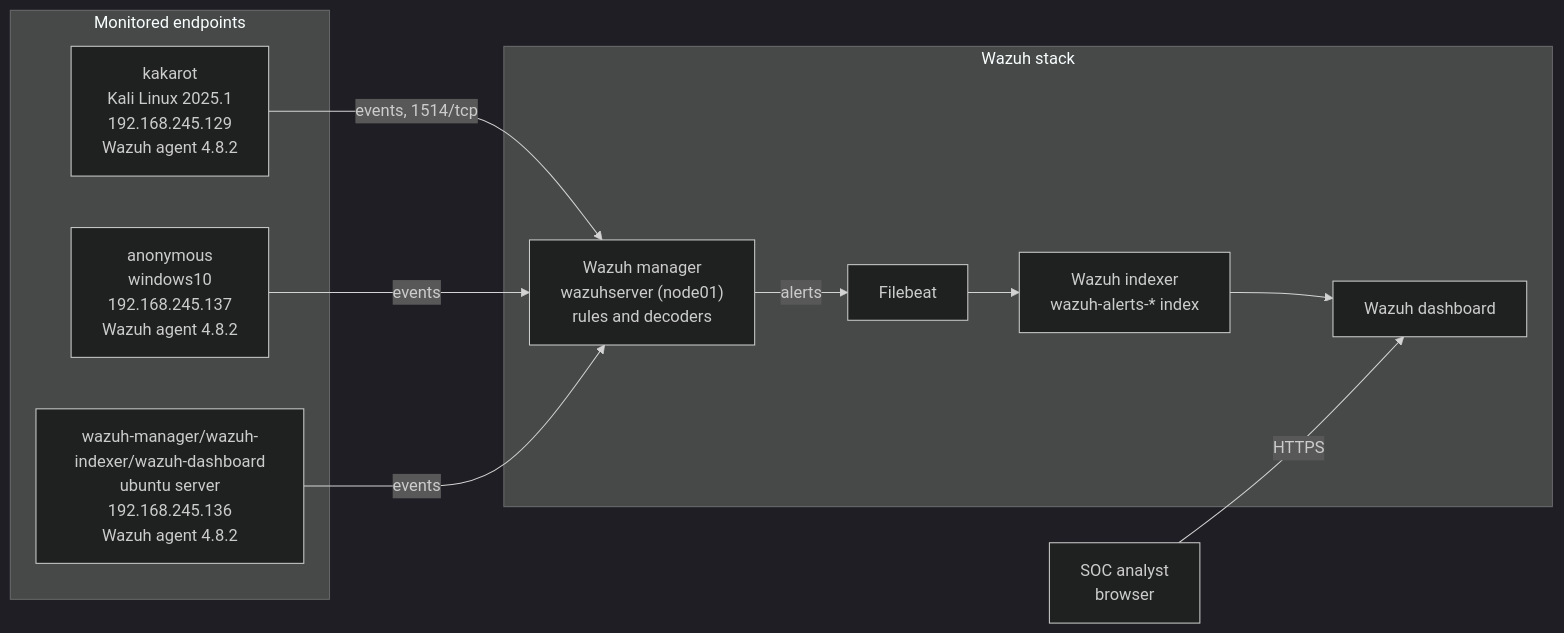
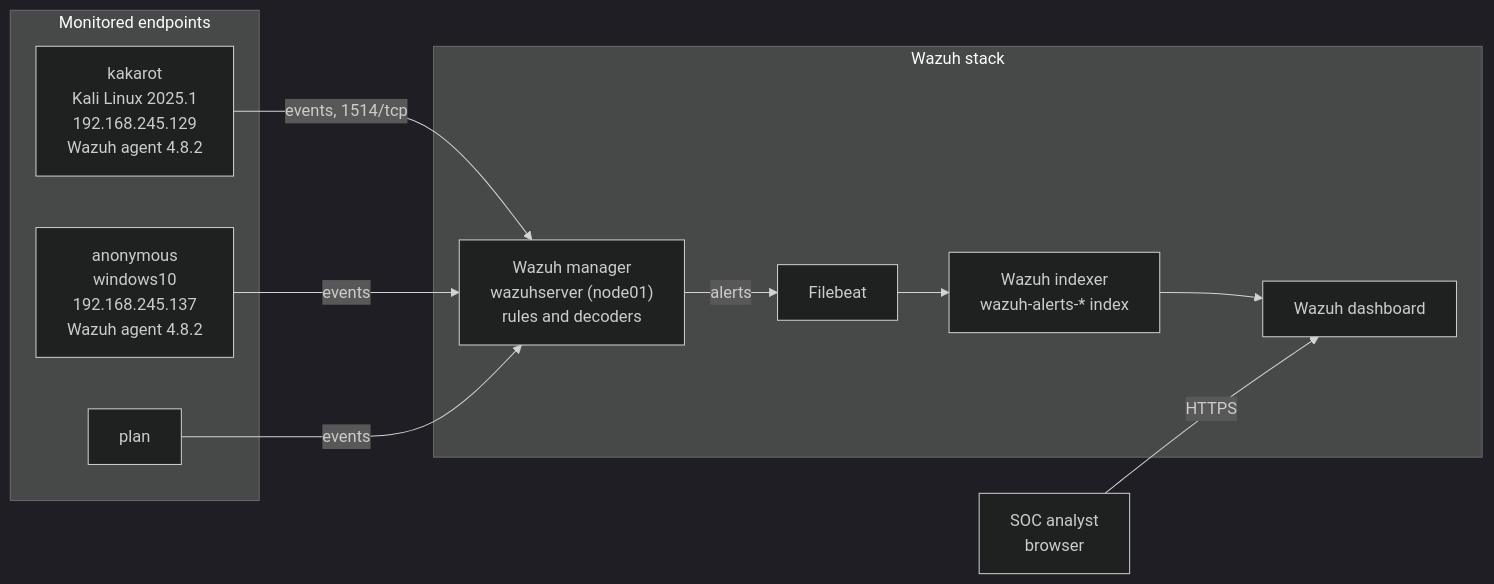
One commit to rhimavanth32-max/Home-SOC-Lab-Multi-Node-Wazuh-Deployment-for-Attack-Detection-and-Incident-Investigation changed the diagram in README.md. Above: the diagram before and after it, drawn with Mermaid (dark theme).

````diff
--- a/README.md
+++ b/README.md
@@ -9,25 +9,25 @@
 ```mermaid
 flowchart LR
     subgraph EP["Monitored endpoints"]
         A["kakarot<br/>Kali Linux 2025.1<br/>192.168.245.129<br/>Wazuh agent 4.8.2"]
         B["anonymous<br/>windows10<br/>192.168.245.137<br/>Wazuh agent 4.8.2"]
-        C["wazuh-manager/wazuh-indexer/wazuh-dashboard<br/>ubuntu server<br/>192.168.245.136<br/>Wazuh agent 4.8.2"]
+        C["plan"]
     end
 
     subgraph WS["Wazuh stack"]
         M["Wazuh manager<br/>wazuhserver (node01)<br/>rules and decoders"]
         F["Filebeat"]
         I["Wazuh indexer<br/>wazuh-alerts-* index"]
         D["Wazuh dashboard"]
     end
 
     U["SOC analyst<br/>browser"]
 
     A -- "events, 1514/tcp" --> M
     B -- "events" --> M
     C -- "events" --> M
     M -- "alerts" --> F
     F --> I
     I --> D
     U -- "HTTPS" --> D
 ```
````
